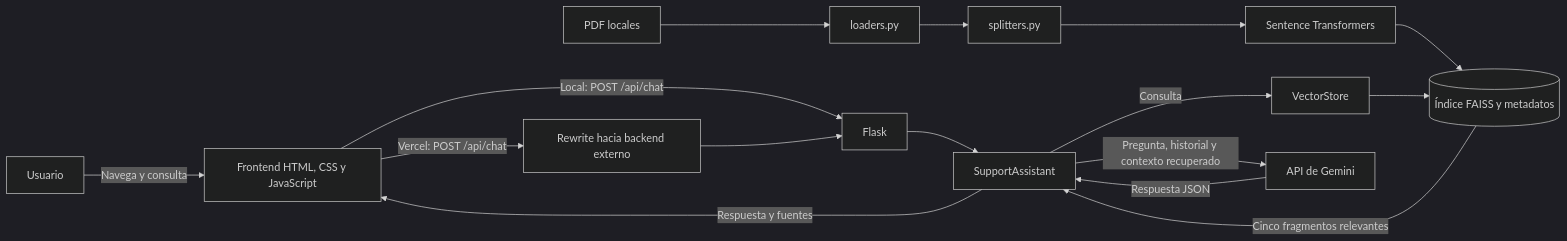
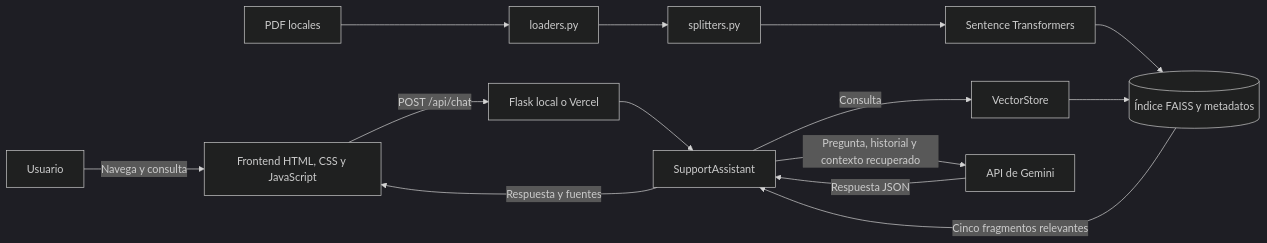
The diagram in README.md (Ruzkyy/Soporte_nintendo_proyecto), drawn with Mermaid (dark theme) before and after one commit. The commit also changed other lines of this file and 6 other files, not shown here.

````diff
--- a/README.md
+++ b/README.md
@@ -45,18 +45,16 @@
 ```mermaid
 flowchart LR
     U[Usuario] -->|Navega y consulta| F[Frontend HTML, CSS y JavaScript]
-    F -->|Local: POST /api/chat| W[Flask]
-    F -->|Vercel: POST /api/chat| R[Rewrite hacia backend externo]
-    R --> W
+    F -->|POST /api/chat| W[Flask local o Vercel]
     W --> A[SupportAssistant]
     A -->|Consulta| V[VectorStore]
     P[PDF locales] --> L[loaders.py]
     L --> S[splitters.py]
     S --> E[Sentence Transformers]
     E --> X[(Índice FAISS y metadatos)]
     V --> X
     X -->|Cinco fragmentos relevantes| A
     A -->|Pregunta, historial y contexto recuperado| G[API de Gemini]
     G -->|Respuesta JSON| A
     A -->|Respuesta y fuentes| F
 ```
````
